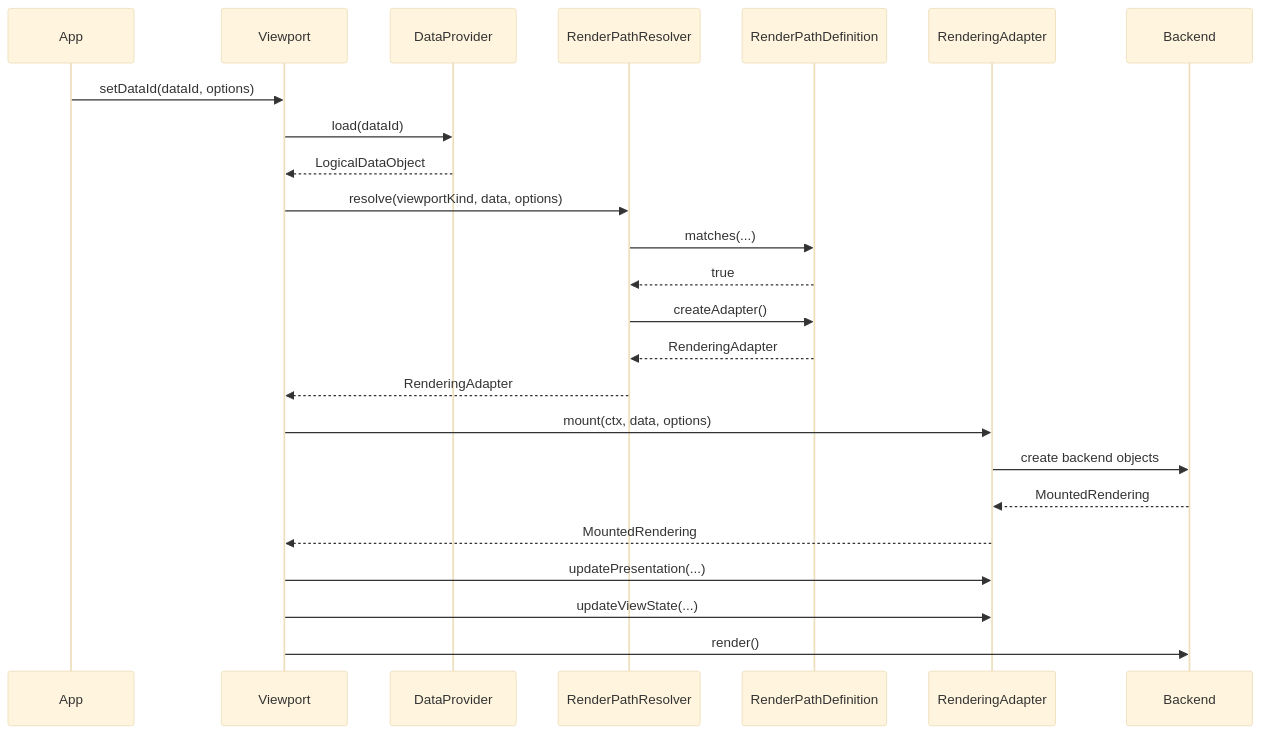
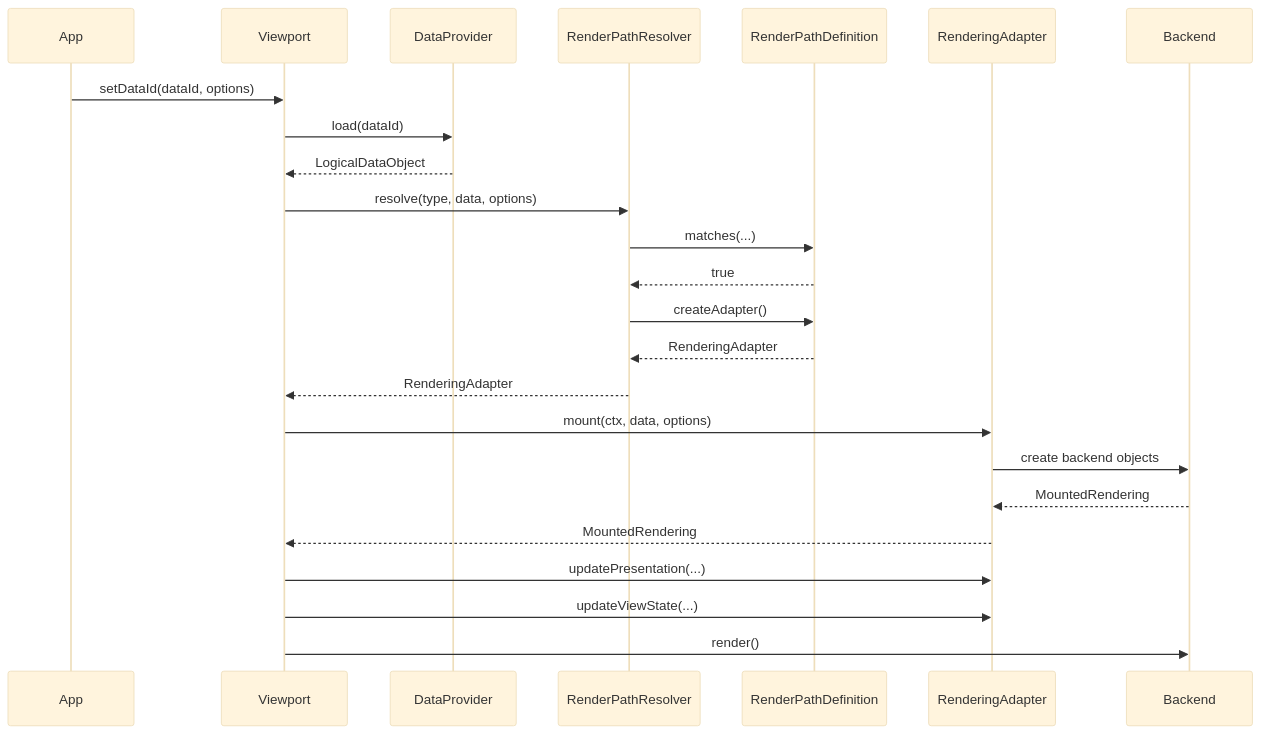
Before and after one commit to cornerstonejs/cornerstone3D: the diagram in VIEWPORT_INTERFACE_EXAMPLES.md, drawn with Mermaid (base theme). The commit also changed other lines of this file and 24 other files, not shown here.

````diff
--- a/VIEWPORT_INTERFACE_EXAMPLES.md
+++ b/VIEWPORT_INTERFACE_EXAMPLES.md
@@ -20,27 +20,27 @@
 ```mermaid
 sequenceDiagram
     participant App
     participant Viewport
     participant DataProvider
     participant Resolver as RenderPathResolver
     participant Path as RenderPathDefinition
     participant Adapter as RenderingAdapter
     participant Backend
 
     App->>Viewport: setDataId(dataId, options)
     Viewport->>DataProvider: load(dataId)
     DataProvider-->>Viewport: LogicalDataObject
-    Viewport->>Resolver: resolve(viewportKind, data, options)
+    Viewport->>Resolver: resolve(type, data, options)
     Resolver->>Path: matches(...)
     Path-->>Resolver: true
     Resolver->>Path: createAdapter()
     Path-->>Resolver: RenderingAdapter
     Resolver-->>Viewport: RenderingAdapter
     Viewport->>Adapter: mount(ctx, data, options)
     Adapter->>Backend: create backend objects
     Backend-->>Adapter: MountedRendering
     Adapter-->>Viewport: MountedRendering
     Viewport->>Adapter: updatePresentation(...)
     Viewport->>Adapter: updateViewState(...)
     Viewport->>Backend: render()
 ```
````
